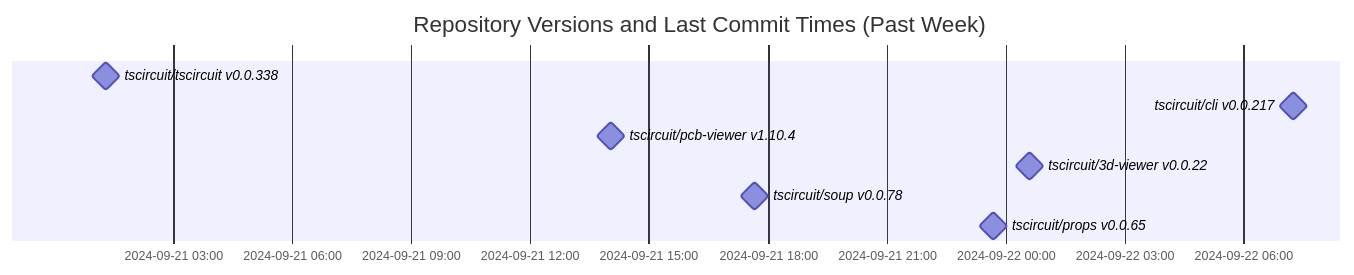
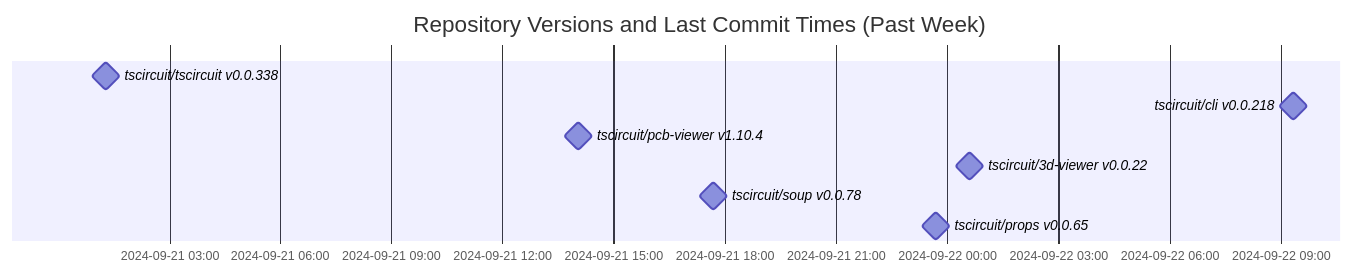
Before and after one commit to tscircuit/version-tracker: the diagram in README.md, drawn with Mermaid.

Commit message:
Update chart

````diff
--- a/README.md
+++ b/README.md
@@ -1,13 +1,13 @@
 ```mermaid
 gantt
   dateFormat  YYYY-MM-DD HH:mm:ss
   title Repository Versions and Last Commit Times (Past Week)
   axisFormat %Y-%m-%d %H:%M
 
   tscircuit/tscircuit v0.0.338 : milestone, 2024-09-21 01:17:43, 1s
-  tscircuit/cli v0.0.217 : milestone, 2024-09-22 07:15:34, 1s
+  tscircuit/cli v0.0.218 : milestone, 2024-09-22 09:20:51, 1s
   tscircuit/pcb-viewer v1.10.4 : milestone, 2024-09-21 14:02:34, 1s
   tscircuit/3d-viewer v0.0.22 : milestone, 2024-09-22 00:35:36, 1s
   tscircuit/soup v0.0.78 : milestone, 2024-09-21 17:40:44, 1s
   tscircuit/props v0.0.65 : milestone, 2024-09-21 23:41:11, 1s
 ```
````
